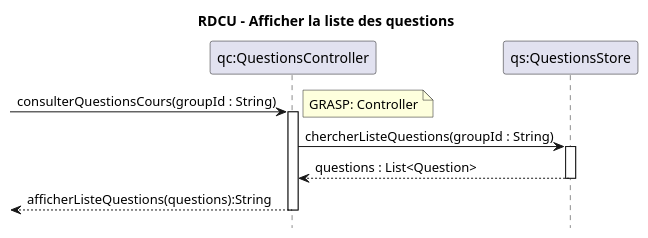
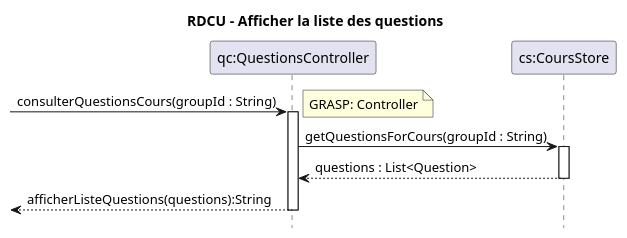
The diagram in docs/modeles/cu02/rdcu-afficher-liste-question.puml (xMrYahya/moodle-clone), drawn with PlantUML before and after one commit. The commit also changed 7 other files, not shown here.

Commit message:
Changement de QuestionStore a CoursStore et commencer a changer noms pour mieux fit le code (incomplet)

```diff
--- a/docs/modeles/cu02/rdcu-afficher-liste-question.puml
+++ b/docs/modeles/cu02/rdcu-afficher-liste-question.puml
@@ -1,20 +1,21 @@
 @startuml
 hide footbox
 title RDCU - Afficher la liste des questions
 
 participant "qc:QuestionsController" as QC
-participant "qs:QuestionsStore" as QS
+participant "cs:CoursStore" as CS
 
 -> QC : consulterQuestionsCours(groupId : String)
 note right: GRASP: Controller
 activate QC
 
-QC -> QS : chercherListeQuestions(groupId : String)
-activate QS
-QS --> QC : questions : List<Question>
-deactivate QS
+QC -> CS : getQuestionsForCours(groupId : String)
+activate CS
+'???'
+CS --> QC : questions : List<Question>
+deactivate CS
 
 <-- QC : afficherListeQuestions(questions):String
 deactivate QC
 
 @enduml
```
